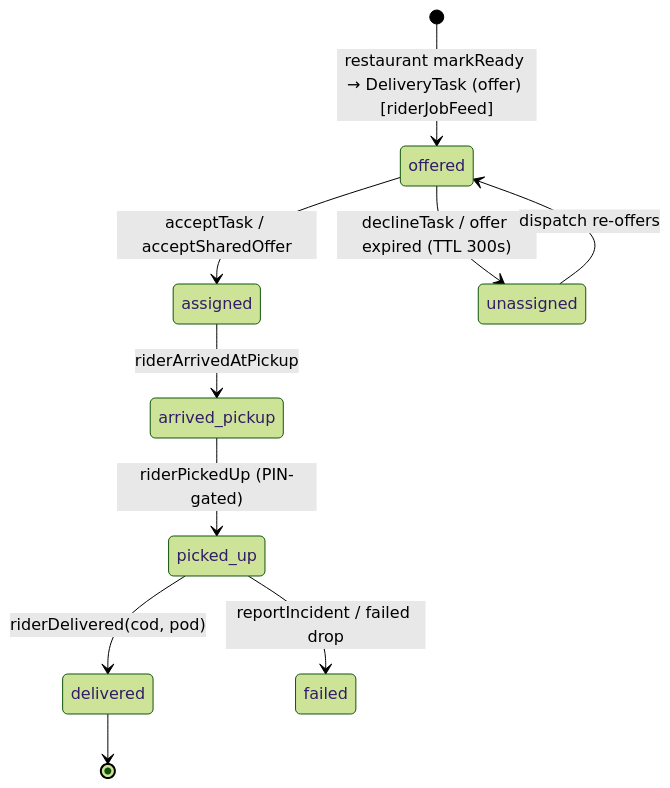
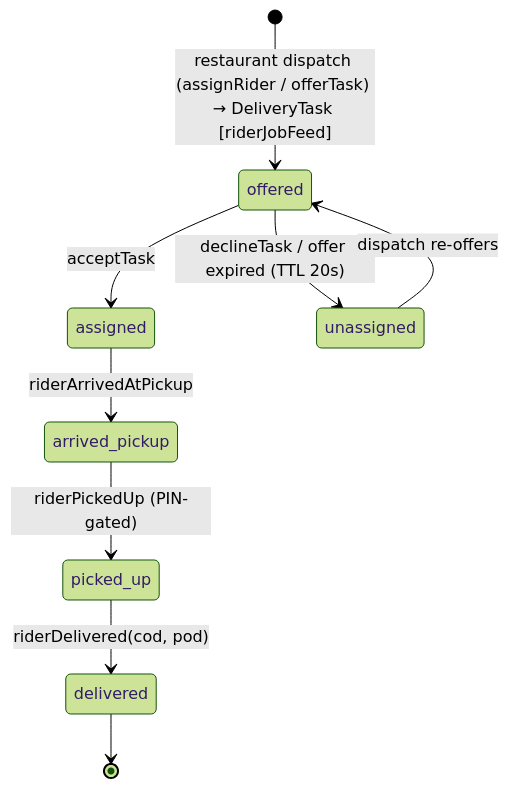
Before and after one commit to Hassanjkhan99/food-delivery: the second of 4 diagrams in docs/flows/rider.md, drawn with Mermaid (forest theme). The commit also changed other lines of this file and 3 other files, not shown here.

First line of the commit message:
docs: correct flow-doc accuracy per Codex review on #201

````diff
--- a/docs/flows/rider.md
+++ b/docs/flows/rider.md
@@ -130,12 +130,11 @@
 ```mermaid
 stateDiagram-v2
-    [*] --> offered : restaurant markReady → DeliveryTask (offer) [riderJobFeed]
-    offered --> assigned : acceptTask / acceptSharedOffer
-    offered --> unassigned : declineTask / offer expired (TTL 300s)
+    [*] --> offered : restaurant dispatch (assignRider / offerTask) → DeliveryTask [riderJobFeed]
+    offered --> assigned : acceptTask
+    offered --> unassigned : declineTask / offer expired (TTL 20s)
     unassigned --> offered : dispatch re-offers
     assigned --> arrived_pickup : riderArrivedAtPickup
     arrived_pickup --> picked_up : riderPickedUp (PIN-gated)
     picked_up --> delivered : riderDelivered(cod, pod)
-    picked_up --> failed : reportIncident / failed drop
     delivered --> [*]
 ```
````
